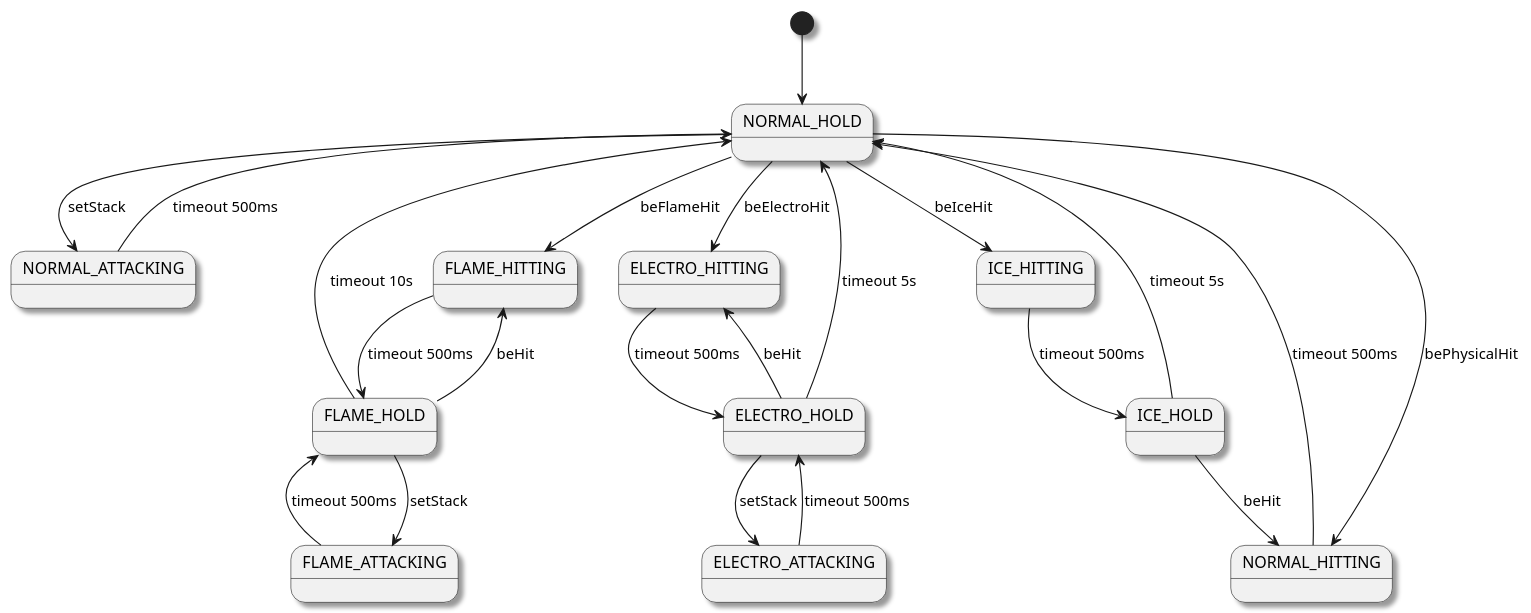
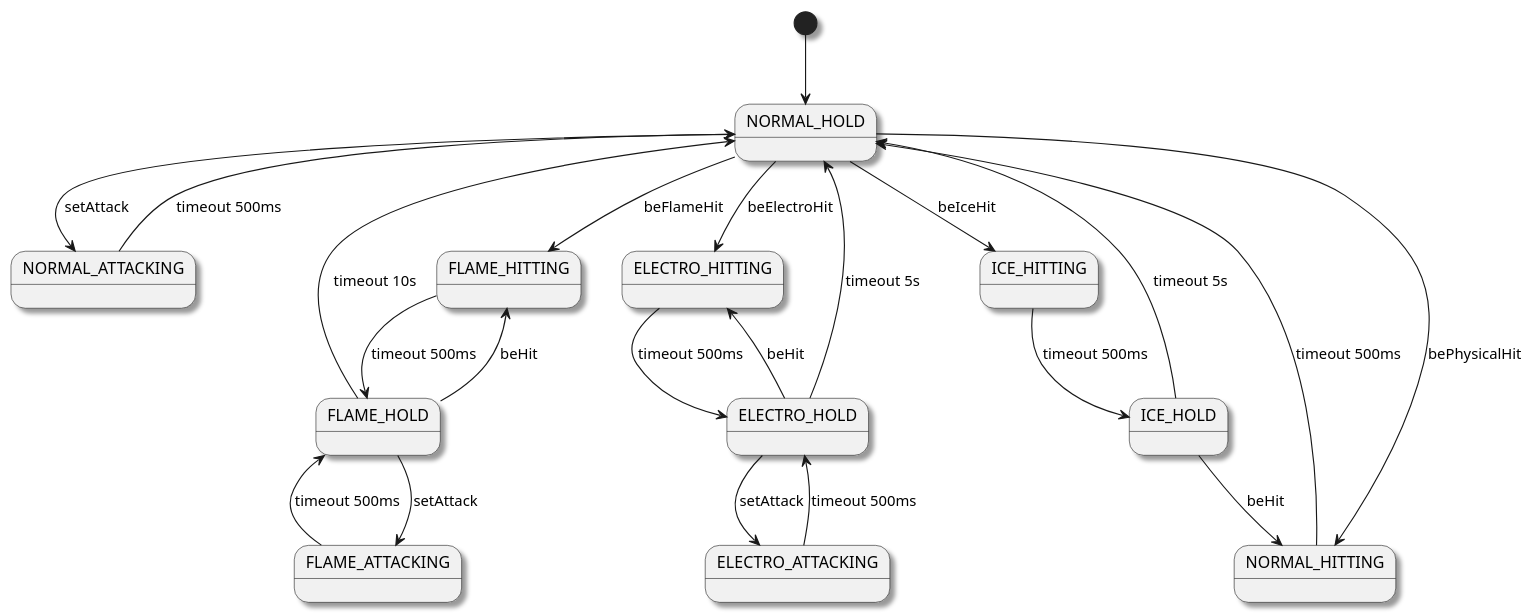
One commit to tingyunaiai9/The-Journey-of-Wizard changed the diagram in doc/hero_state.pu. Above: the diagram before and after it, drawn with PlantUML. The commit also changed 3 other files, not shown here.

```diff
--- a/doc/hero_state.pu
+++ b/doc/hero_state.pu
@@ -1,34 +1,34 @@
 @startuml
 
 skinparam shadowing true
 
 [*] --> NORMAL_HOLD
 
-NORMAL_HOLD --> NORMAL_ATTACKING : setStack
+NORMAL_HOLD --> NORMAL_ATTACKING : setAttack
 NORMAL_HOLD --> NORMAL_HITTING : bePhysicalHit
 NORMAL_HOLD --> FLAME_HITTING : beFlameHit
 NORMAL_HOLD --> ICE_HITTING : beIceHit
 NORMAL_HOLD --> ELECTRO_HITTING : beElectroHit
 NORMAL_ATTACKING --> NORMAL_HOLD : timeout 500ms
 NORMAL_HITTING --> NORMAL_HOLD : timeout 500ms
 
-FLAME_HOLD --> FLAME_ATTACKING : setStack
+FLAME_HOLD --> FLAME_ATTACKING : setAttack
 FLAME_HOLD --> FLAME_HITTING : beHit
 FLAME_HOLD --> NORMAL_HOLD : timeout 10s
 FLAME_ATTACKING --> FLAME_HOLD : timeout 500ms
 FLAME_HITTING --> FLAME_HOLD : timeout 500ms
 
 ICE_HOLD --> NORMAL_HITTING : beHit
 ICE_HOLD --> NORMAL_HOLD : timeout 5s
 ICE_HITTING --> ICE_HOLD : timeout 500ms
 
-ELECTRO_HOLD --> ELECTRO_ATTACKING : setStack
+ELECTRO_HOLD --> ELECTRO_ATTACKING : setAttack
 ELECTRO_HOLD --> ELECTRO_HITTING : beHit
 ELECTRO_HOLD --> NORMAL_HOLD : timeout 5s
 ELECTRO_ATTACKING --> ELECTRO_HOLD : timeout 500ms
 ELECTRO_HITTING --> ELECTRO_HOLD : timeout 500ms
 
 
 
 
 @enduml
```
